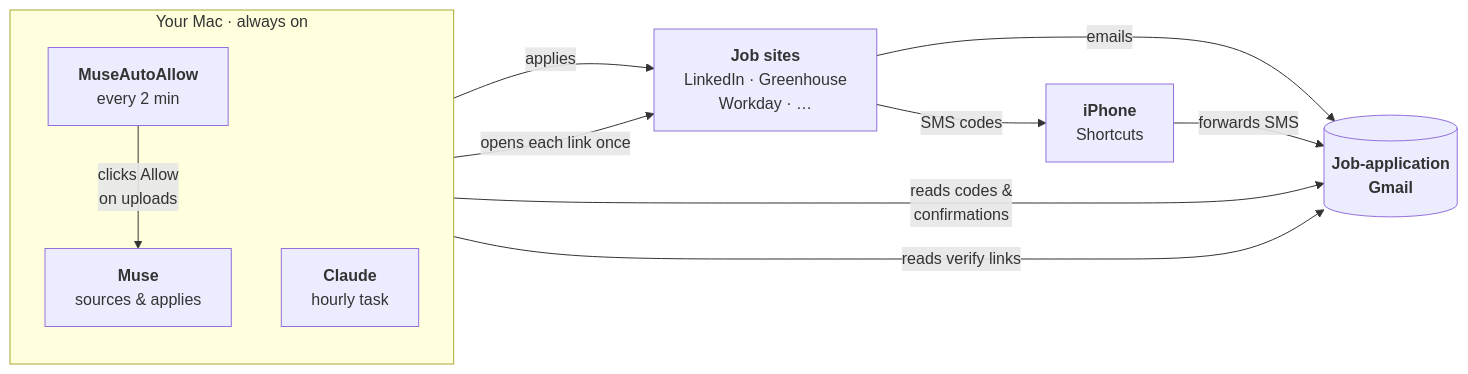
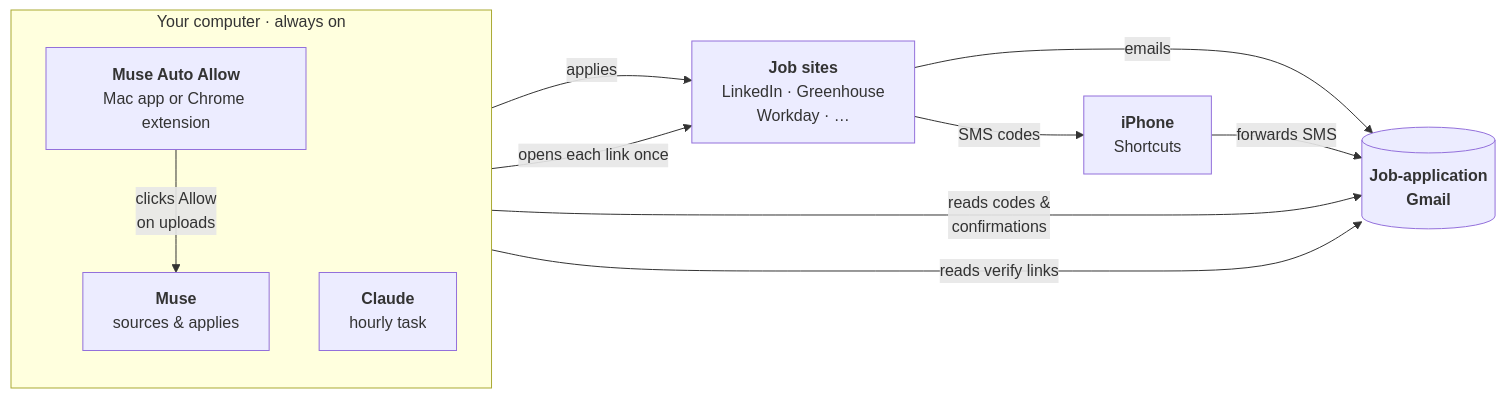
Before and after one commit to Dark417/muse-auto-job-apply: the diagram in README.md, drawn with Mermaid. The commit also changed other lines of this file and 6 other files, not shown here.

First line of the commit message:
Add muse-auto-allow-chrome extension (Windows & Mac) and setup docs

````diff
--- a/README.md
+++ b/README.md
@@ -31,22 +32,22 @@
 ```mermaid
 flowchart LR
-    subgraph MAC["Your Mac · always on"]
+    subgraph MAC["Your computer · always on"]
         direction TB
-        Allow["<b>MuseAutoAllow</b><br/>every 2 min"]
+        Allow["<b>Muse Auto Allow</b><br/>Mac app or Chrome extension"]
         Muse["<b>Muse</b><br/>sources &amp; applies"]
         Claude["<b>Claude</b><br/>hourly task"]
         Allow -- "clicks Allow<br/>on uploads" --> Muse
     end
 
     Jobs["<b>Job sites</b><br/>LinkedIn · Greenhouse<br/>Workday · …"]
     Phone["<b>iPhone</b><br/>Shortcuts"]
     Gmail[("<b>Job-application<br/>Gmail</b>")]
 
     Muse -- "applies" --> Jobs
     Muse -- "reads codes &amp;<br/>confirmations" --> Gmail
     Claude -- "reads verify links" --> Gmail
     Claude -- "opens each link once" --> Jobs
     Jobs -- "emails" --> Gmail
     Jobs -- "SMS codes" --> Phone
     Phone -- "forwards SMS" --> Gmail
 ```
````
